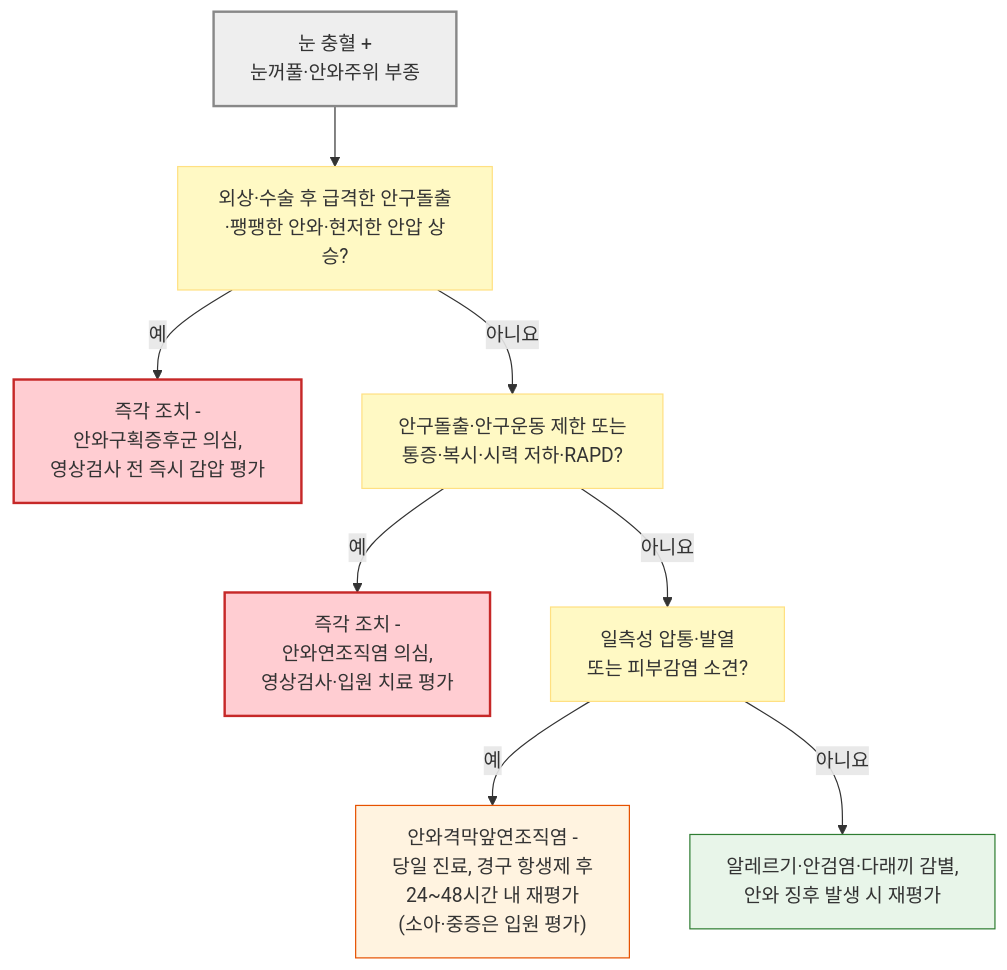
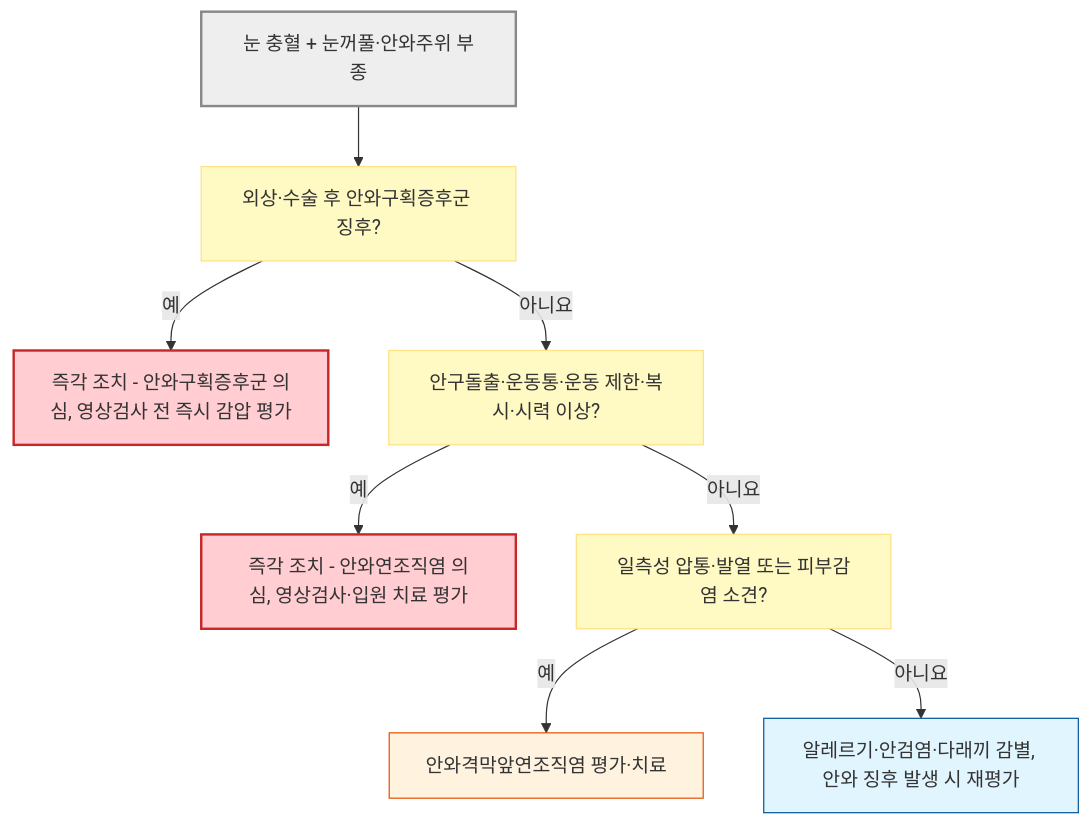
Before and after one commit to familyoh77/familyoh77: the second of 2 diagrams in 222_/037_-red-eye.md, drawn with Mermaid. The commit also changed other lines of this file and 9 other files, not shown here.

````diff
--- a/222_/037_-red-eye.md
+++ b/222_/037_-red-eye.md
@@ -154,17 +156,17 @@
 ```mermaid
 flowchart TD
-    A["눈 충혈 + <br/>눈꺼풀·안와주위 부종"] --> T["외상·수술 후 급격한 안구돌출<br/>·팽팽한 안와·현저한 안압 상승?"]
-    T -- "예" --> OC["즉각 조치 - <br/>안와구획증후군 의심, <br/>영상검사 전 즉시 감압 평가"]
-    T -- "아니요" --> B["안구돌출·안구운동 제한 또는 <br/>통증·복시·시력 저하·RAPD?"]
-    B -- "예" --> C["즉각 조치 - <br/>안와연조직염 의심, <br/>영상검사·입원 치료 평가"]
-    B -- "아니요" --> D["일측성 압통·발열 <br/>또는 피부감염 소견?"]
-    D -- "예" --> E["안와격막앞연조직염 - <br/>당일 진료, 경구 항생제 후 <br/>24~48시간 내 재평가 <br/>(소아·중증은 입원 평가)"]
-    D -- "아니요" --> F["알레르기·안검염·다래끼 감별, <br/>안와 징후 발생 시 재평가"]
+    A["눈 충혈 + 눈꺼풀·안와주위 부종"] --> T["외상·수술 후 안와구획증후군 징후?"]
+    T -- "예" --> OC["즉각 조치 - 안와구획증후군 의심, 영상검사 전 즉시 감압 평가"]
+    T -- "아니요" --> B["안구돌출·운동통·운동 제한·복시·시력 이상?"]
+    B -- "예" --> C["즉각 조치 - 안와연조직염 의심, 영상검사·입원 치료 평가"]
+    B -- "아니요" --> D["일측성 압통·발열 또는 피부감염 소견?"]
+    D -- "예" --> E["안와격막앞연조직염 평가·치료"]
+    D -- "아니요" --> F["알레르기·안검염·다래끼 감별, 안와 징후 발생 시 재평가"]
     style A fill:#eeeeee,stroke:#888888,stroke-width:2px
     classDef yellow fill:#fff9c4,stroke:#ffe082
     class T,B,D yellow
     style OC fill:#ffcdd2,stroke:#c62828,stroke-width:2px
     style C fill:#ffcdd2,stroke:#c62828,stroke-width:2px
     style E fill:#fff3e0,stroke:#e65100
-    style F fill:#e8f5e9,stroke:#2e7d32
+    style F fill:#e1f5fe,stroke:#01579b
 ```
````
